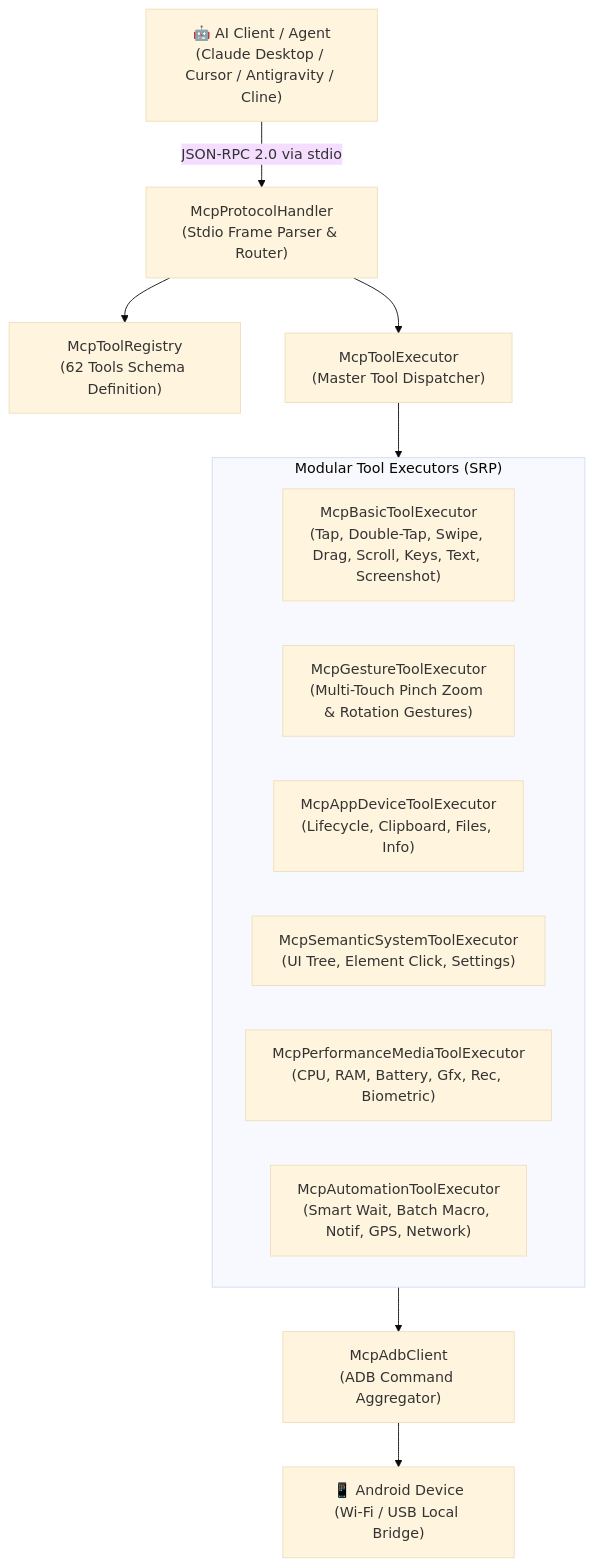
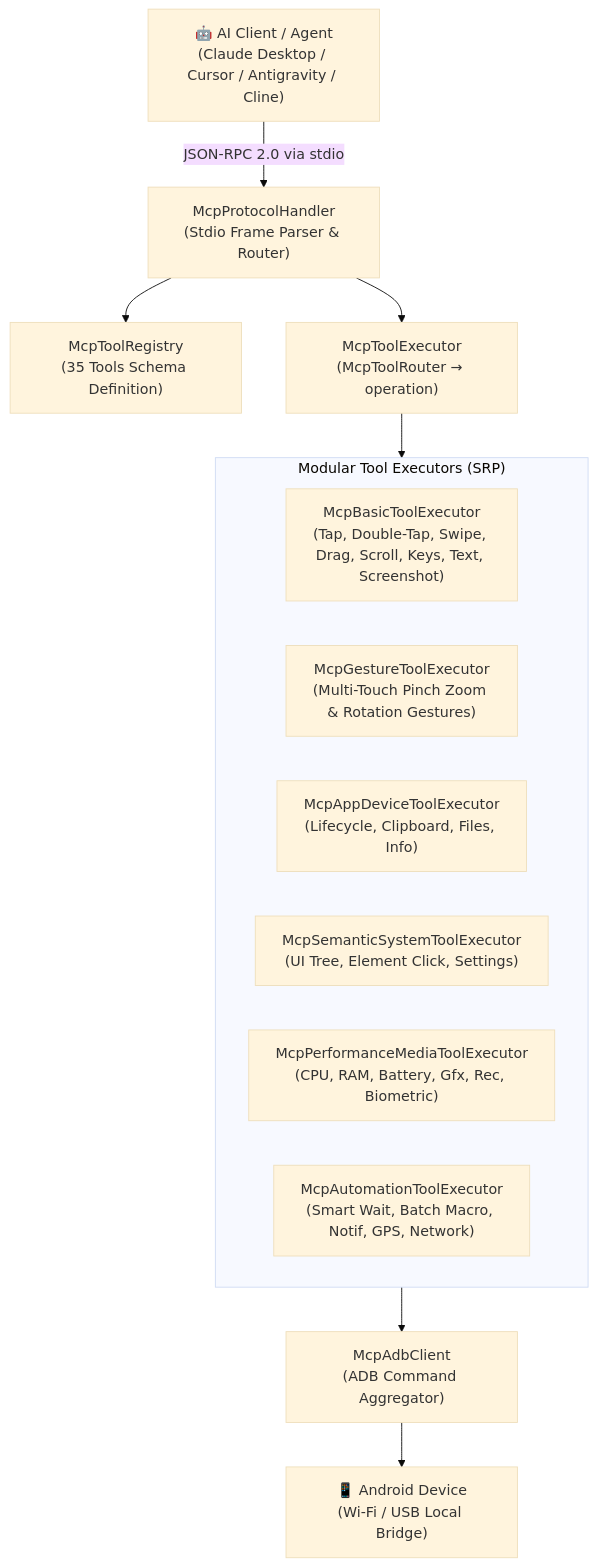
Before and after one commit to az-coder-123/azdroid: the diagram in docs/features/mcp-ai-agent-server.md, drawn with Mermaid (base theme). The commit also changed other lines of this file and 84 other files, not shown here.

First line of the commit message:
feat(mcp): consolidate the catalog from 62 to 35 tools

````diff
--- a/docs/features/mcp-ai-agent-server.md
+++ b/docs/features/mcp-ai-agent-server.md
@@ -18,19 +18,19 @@
 ```mermaid
 flowchart TD
     AI["🤖 AI Client / Agent\n(Claude Desktop / Cursor / Antigravity / Cline)"] -->|JSON-RPC 2.0 via stdio| Handler["McpProtocolHandler\n(Stdio Frame Parser & Router)"]
-    Handler --> Registry["McpToolRegistry\n(62 Tools Schema Definition)"]
-    Handler --> Executor["McpToolExecutor\n(Master Tool Dispatcher)"]
+    Handler --> Registry["McpToolRegistry\n(35 Tools Schema Definition)"]
+    Handler --> Executor["McpToolExecutor\n(McpToolRouter → operation)"]
 
     subgraph SubExecutors ["Modular Tool Executors (SRP)"]
         E1["McpBasicToolExecutor\n(Tap, Double-Tap, Swipe, Drag, Scroll, Keys, Text, Screenshot)"]
         E2["McpGestureToolExecutor\n(Multi-Touch Pinch Zoom & Rotation Gestures)"]
         E3["McpAppDeviceToolExecutor\n(Lifecycle, Clipboard, Files, Info)"]
         E4["McpSemanticSystemToolExecutor\n(UI Tree, Element Click, Settings)"]
         E5["McpPerformanceMediaToolExecutor\n(CPU, RAM, Battery, Gfx, Rec, Biometric)"]
         E6["McpAutomationToolExecutor\n(Smart Wait, Batch Macro, Notif, GPS, Network)"]
     end
 
     Executor --> SubExecutors
     SubExecutors --> Client["McpAdbClient\n(ADB Command Aggregator)"]
     Client --> Phone["📱 Android Device\n(Wi-Fi / USB Local Bridge)"]
 ```
````
